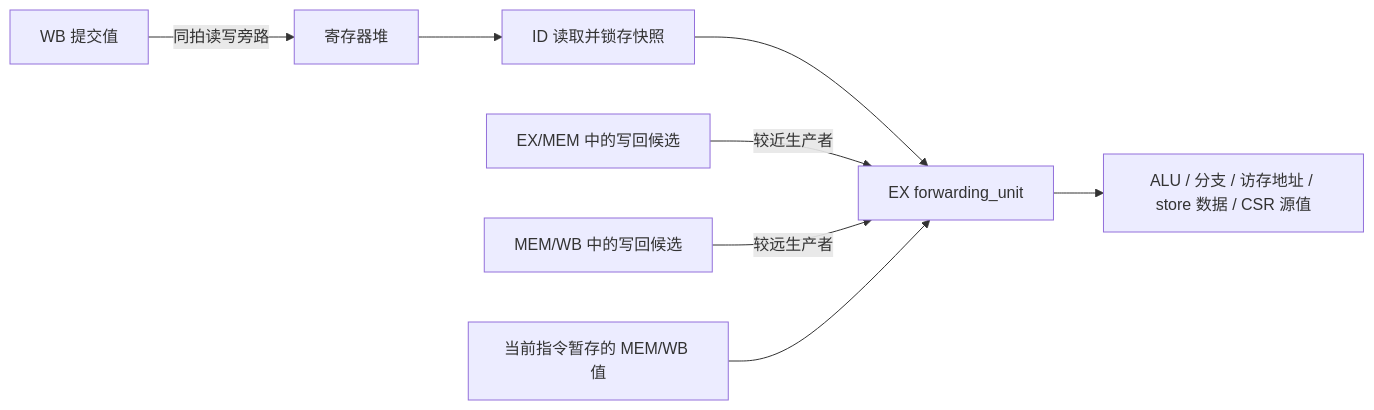
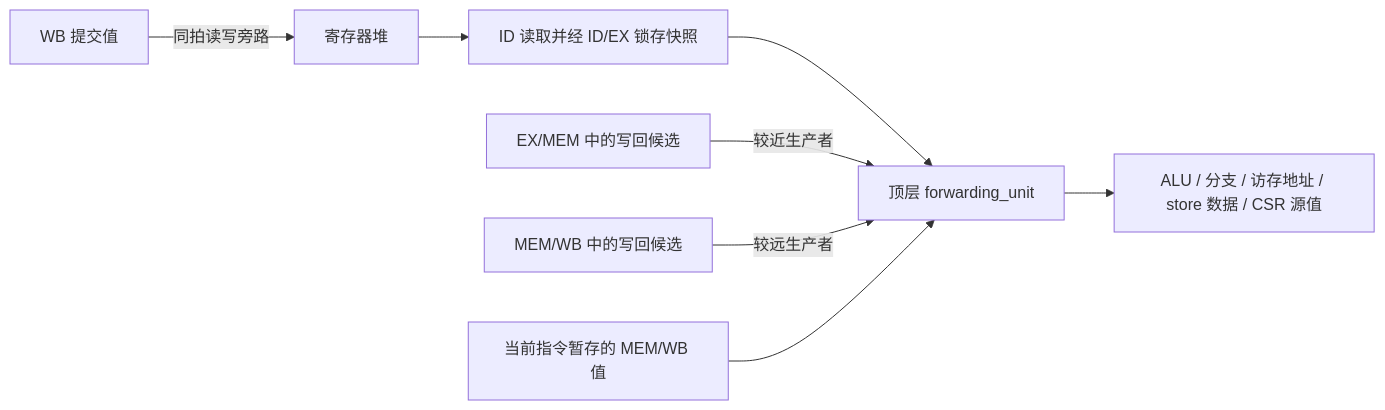
The diagram in FORWARDING.md (L1Ban404-computer-architecture/riscv-core), drawn with Mermaid before and after one commit. The commit also changed other lines of this file and 39 other files, not shown here.

````diff
--- a/FORWARDING.md
+++ b/FORWARDING.md
@@ -9,10 +9,10 @@
 ```mermaid
 flowchart LR
-  GPR[寄存器堆] --> ID[ID 读取并锁存快照]
+  GPR[寄存器堆] --> ID[ID 读取并经 ID/EX 锁存快照]
   WB[WB 提交值] -->|同拍读写旁路| GPR
-  ID --> F[EX forwarding_unit]
+  ID --> F[顶层 forwarding_unit]
   EM[EX/MEM 中的写回候选] -->|较近生产者| F
   MW[MEM/WB 中的写回候选] -->|较远生产者| F
   H[当前指令暂存的 MEM/WB 值] --> F
   F --> EX[ALU / 分支 / 访存地址 / store 数据 / CSR 源值]
 ```
````
